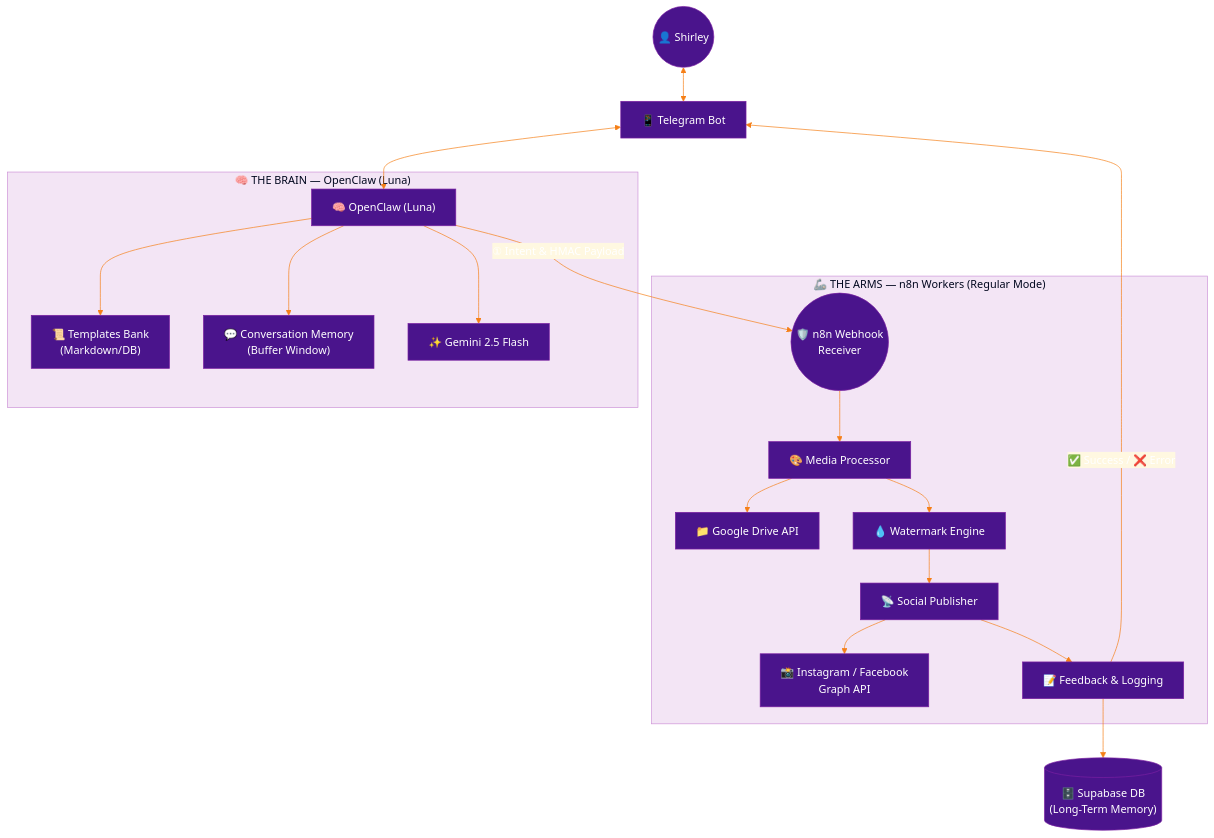
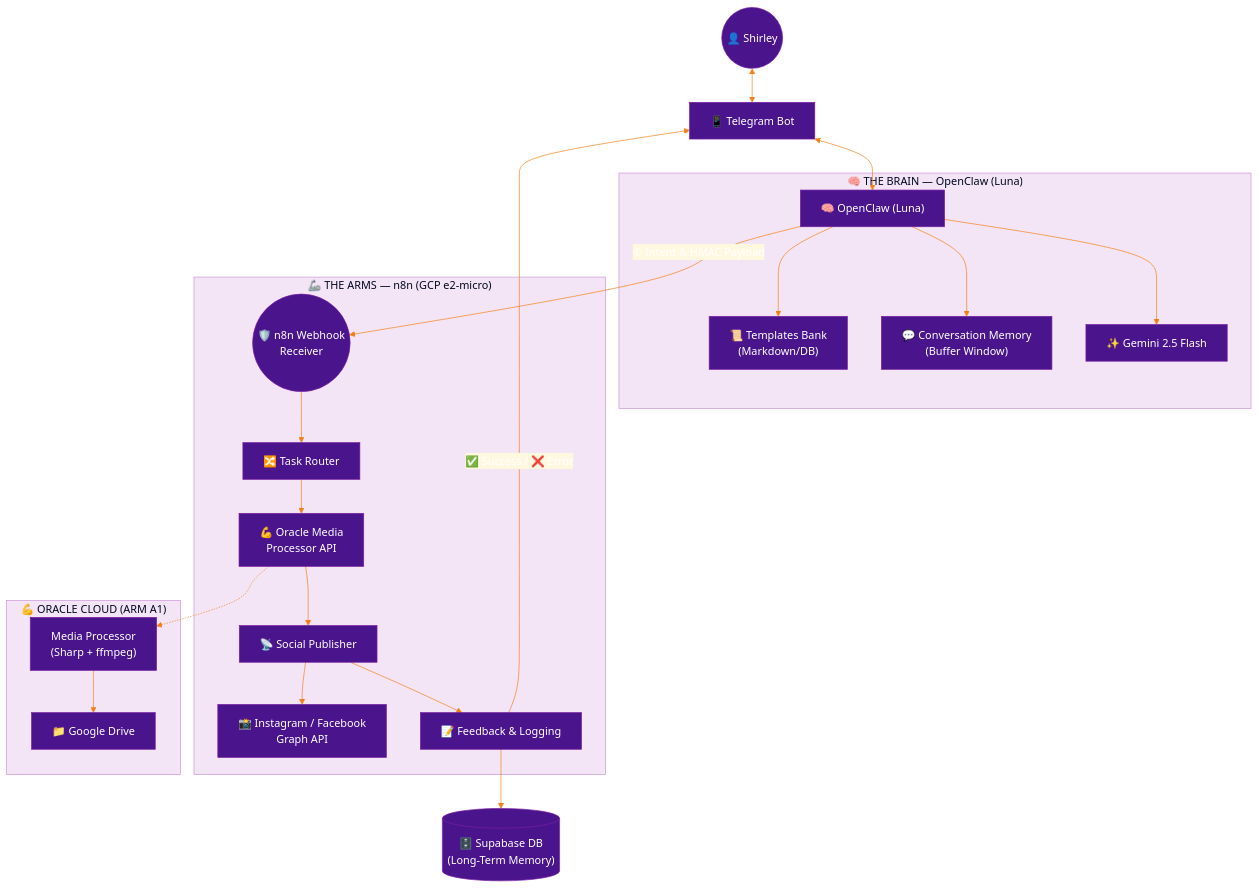
Before and after one commit to aleocampodev/LobsterMarketing: the first of 3 diagrams in specs/architecture.md, drawn with Mermaid. The commit also changed other lines of this file and 8 other files, not shown here.

First line of the commit message:
docs: add Oracle Cloud Media Processor for heavy media operations (ADR-004)

````diff
--- a/specs/architecture.md
+++ b/specs/architecture.md
@@ -53,38 +64,45 @@
 ```mermaid
 %%{init: {'theme': 'base', 'themeVariables': {
   'primaryColor': '#4A148C',
   'primaryTextColor': '#fff',
   'primaryBorderColor': '#7B1FA2',
   'lineColor': '#F57F17',
   'secondaryColor': '#FFD54F',
   'tertiaryColor': '#FFF8E1',
   'mainBkg': '#4A148C',
   'nodeBorder': '#7B1FA2',
   'clusterBkg': '#F3E5F5',
   'clusterBorder': '#CE93D8',
   'edgeLabelBackground': '#FFF8E1'
 }}}%%
 graph TD
     User(("👤 Shirley")) <--> Telegram["📱 Telegram Bot"]
     Telegram <--> Brain["🧠 OpenClaw (Luna)"]
 
     subgraph BrainSub["🧠 THE BRAIN — OpenClaw (Luna)"]
         Brain --> Templates["📜 Templates Bank<br/>(Markdown/DB)"]
         Brain --> Memory["💬 Conversation Memory<br/>(Buffer Window)"]
         Brain --> LLM["✨ Gemini 2.5 Flash"]
     end
 
     Brain -- "① Intent & HMAC Payload" --> Webhook(("🛡️ n8n Webhook<br/>Receiver"))
 
-    subgraph ArmsSub["🦾 THE ARMS — n8n Workers (Regular Mode)"]
-        Webhook --> MPW["🎨 Media Processor"]
-        MPW --> Drive["📁 Google Drive API"]
-        MPW --> Watermark["💧 Watermark Engine"]
-        Watermark --> SPW["📡 Social Publisher"]
+    subgraph ArmsSub["🦾 THE ARMS — n8n (GCP e2-micro)"]
+        Webhook --> Router["🔀 Task Router"]
+        Router --> Oracle["💪 Oracle Media<br/>Processor API"]
+        Oracle --> SPW["📡 Social Publisher"]
         SPW --> Meta["📸 Instagram / Facebook<br/>Graph API"]
         SPW --> FLW["📝 Feedback & Logging"]
     end
 
+    subgraph OracleSub["💪 ORACLE CLOUD (ARM A1)"]
+        OracleAPI["Media Processor<br/>(Sharp + ffmpeg)"]
+        OracleDrive["📁 Google Drive"]
+    end
+
+    Oracle -.-> OracleAPI
+    OracleAPI --> OracleDrive
+
     FLW --> Supabase[("🗄️ Supabase DB<br/>(Long-Term Memory)")]
     FLW -- "✅ Success / ❌ Error" --> Telegram
 ```
````
